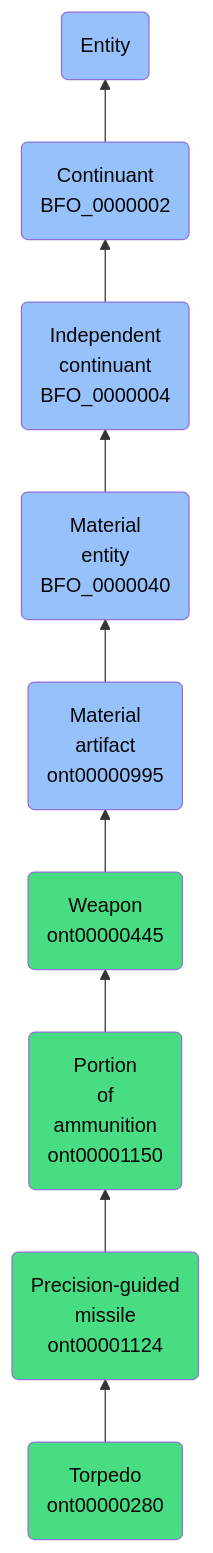
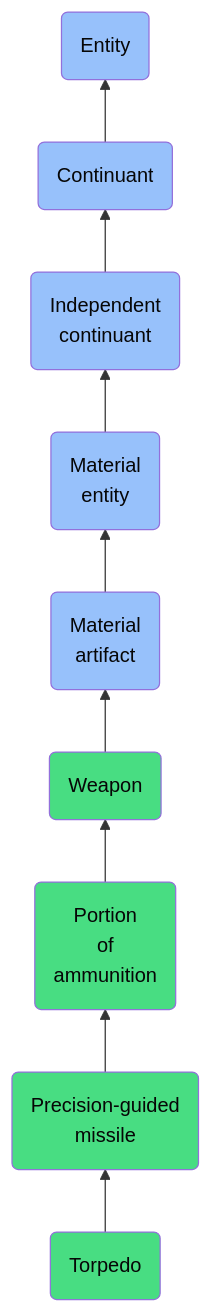
The diagram in docs/ontology/reference/model/Entity/Continuant/Independent continuant/Material entity/Material artifact/Weapon/Portion of ammunition/Precision-guided missile/Torpedo/Torpedo.md (jupyter-naas/abi), drawn with Mermaid before and after one commit. The commit also changed other lines of this file and 1430 other files, not shown here.

````diff
--- a/docs/ontology/reference/model/Entity/Continuant/Independent continuant/Material entity/Material artifact/Weapon/Portion of ammunition/Precision-guided missile/Torpedo/Torpedo.md
+++ b/docs/ontology/reference/model/Entity/Continuant/Independent continuant/Material entity/Material artifact/Weapon/Portion of ammunition/Precision-guided missile/Torpedo/Torpedo.md
@@ -24,16 +24,16 @@
 ```mermaid
 graph BT
-    ont00000280(Torpedo<br>ont00000280):::ABI-->ont00001124
-    ont00001124(Precision-guided<br>missile<br>ont00001124):::ABI-->ont00001150
-    ont00001150(Portion<br>of<br>ammunition<br>ont00001150):::ABI-->ont00000445
-    ont00000445(Weapon<br>ont00000445):::ABI-->ont00000995
-    ont00000995(Material<br>artifact<br>ont00000995):::BFO-->BFO_0000040
-    BFO_0000040(Material<br>entity<br>BFO_0000040):::BFO-->BFO_0000004
-    BFO_0000004(Independent<br>continuant<br>BFO_0000004):::BFO-->BFO_0000002
-    BFO_0000002(Continuant<br>BFO_0000002):::BFO-->BFO_0000001
+    ont00000280(Torpedo):::ABI-->ont00001124
+    ont00001124(Precision-guided<br>missile):::ABI-->ont00001150
+    ont00001150(Portion<br>of<br>ammunition):::ABI-->ont00000445
+    ont00000445(Weapon):::ABI-->ont00000995
+    ont00000995(Material<br>artifact):::BFO-->BFO_0000040
+    BFO_0000040(Material<br>entity):::BFO-->BFO_0000004
+    BFO_0000004(Independent<br>continuant):::BFO-->BFO_0000002
+    BFO_0000002(Continuant):::BFO-->BFO_0000001
     BFO_0000001(Entity):::BFO
     
     classDef BFO fill:#97c1fb,color:#060606
     classDef CCO fill:#e4c51e,color:#060606
     classDef ABI fill:#48DD82,color:#060606
 ```
````
